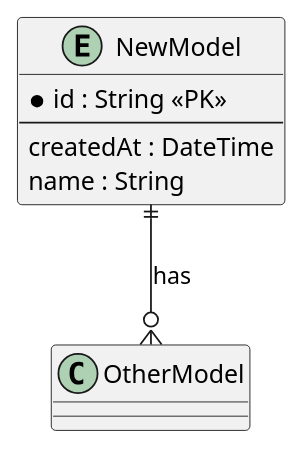
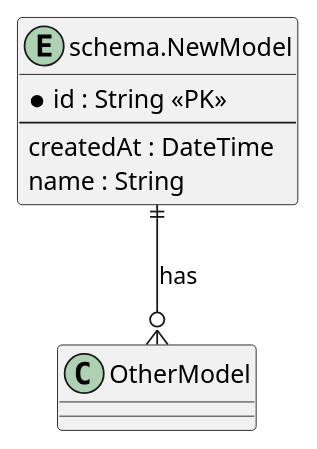
The second of 2 diagrams in .github/skills/schema-doc-sync/SKILL.md (reeinharddd/impulsa-monorepo), drawn with PlantUML before and after one commit. The commit also changed other lines of this file and 8 other files, not shown here.

````diff
--- a/.github/skills/schema-doc-sync/SKILL.md
+++ b/.github/skills/schema-doc-sync/SKILL.md
@@ -114,12 +464,12 @@
 ```plantuml
 ' Add new entity
-entity "NewModel" {
+entity "schema.NewModel" as newmodel {
   *id : String <<PK>>
   --
   createdAt : DateTime
   name : String
 }
 
 ' Add relation
-NewModel ||--o{ OtherModel : has
+newmodel ||--o{ OtherModel : has
 ```
````
